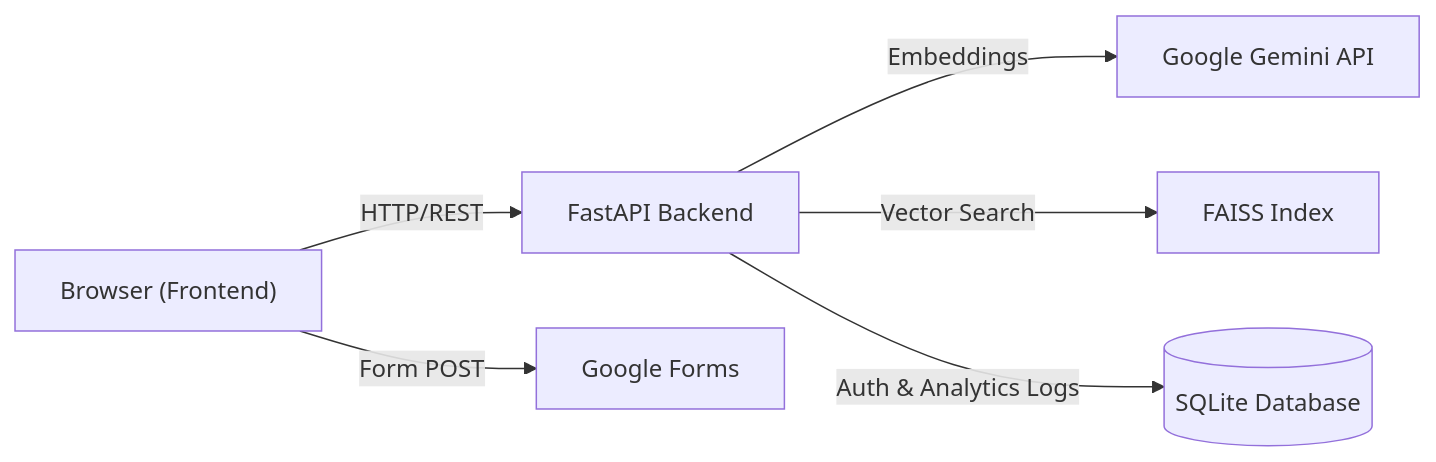
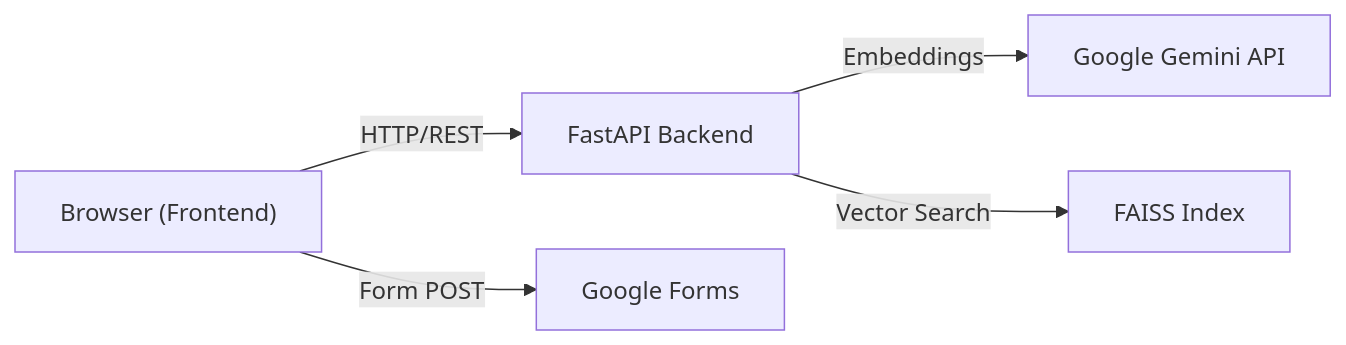
The first of 3 diagrams in robinson-portfolio-main/SRS_BRD_Documentation.md (Robinsonkr/ANTIGRAVITY-PROJECTS), drawn with Mermaid before and after one commit. The commit also changed other lines of this file, not shown here.

````diff
--- a/robinson-portfolio-main/SRS_BRD_Documentation.md
+++ b/robinson-portfolio-main/SRS_BRD_Documentation.md
@@ -57,8 +58,7 @@
 ```mermaid
 graph LR
     A["Browser (Frontend)"] -->|HTTP/REST| B["FastAPI Backend"]
     B -->|Embeddings| C["Google Gemini API"]
     B -->|Vector Search| D["FAISS Index"]
-    B -->|Auth & Analytics Logs| F[("SQLite Database")]
     A -->|Form POST| E["Google Forms"]
 ```
````
